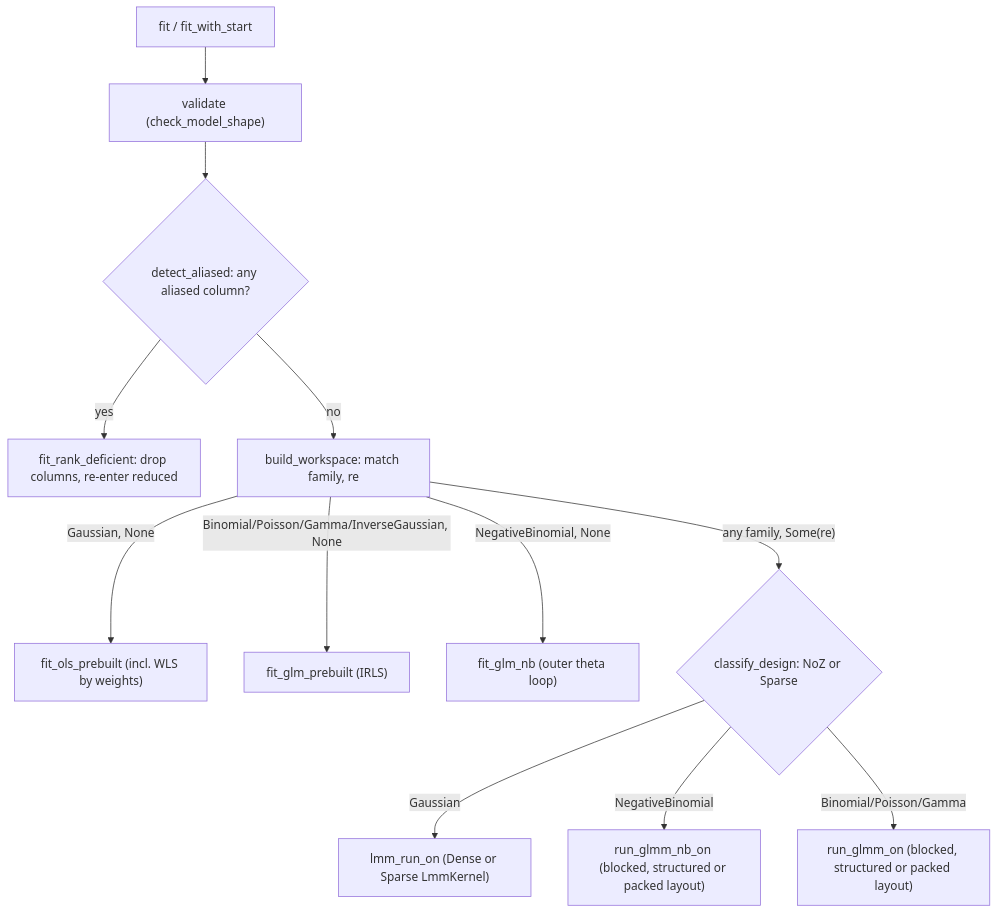
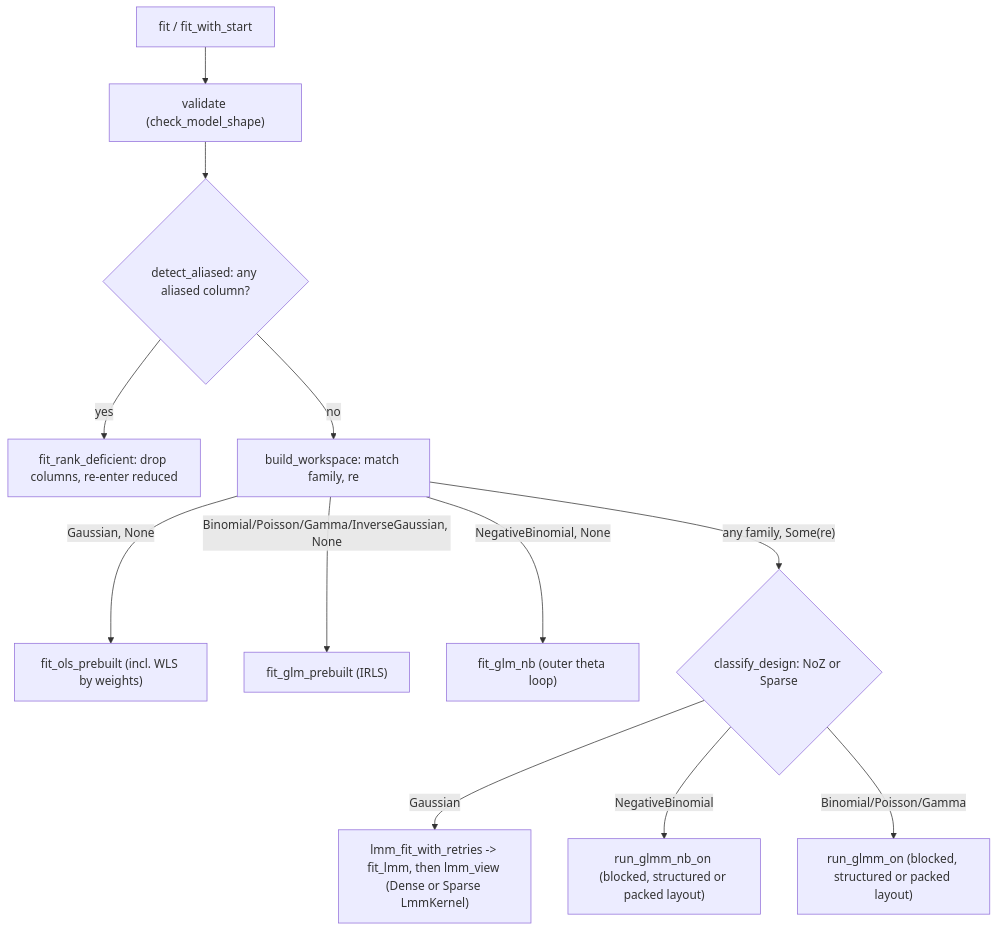
One commit to pawlenartowicz/glmm changed the diagram in documentation/algorithms.md. Above: the diagram before and after it, drawn with Mermaid. The commit also changed other lines of this file and 268 other files, not shown here.

````diff
--- a/documentation/algorithms.md
+++ b/documentation/algorithms.md
@@ -41,16 +41,16 @@
 ```mermaid
 flowchart TD
   E["fit / fit_with_start"] --> SH["validate (check_model_shape)"]
   SH --> RD{"detect_aliased: any aliased column?"}
   RD -->|yes| RDF["fit_rank_deficient: drop columns, re-enter reduced"]
   RD -->|no| BW["build_workspace: match family, re"]
 
   BW -->|"Gaussian, None"| OLS["fit_ols_prebuilt (incl. WLS by weights)"]
   BW -->|"Binomial/Poisson/Gamma/InverseGaussian, None"| GLM["fit_glm_prebuilt (IRLS)"]
   BW -->|"NegativeBinomial, None"| GLMNB["fit_glm_nb (outer theta loop)"]
   BW -->|"any family, Some(re)"| CD{"classify_design: NoZ or Sparse"}
 
-  CD -->|Gaussian| MLE["lmm_run_on (Dense or Sparse LmmKernel)"]
+  CD -->|Gaussian| MLE["lmm_fit_with_retries -> fit_lmm, then lmm_view (Dense or Sparse LmmKernel)"]
   CD -->|NegativeBinomial| GNB["run_glmm_nb_on (blocked, structured or packed layout)"]
   CD -->|"Binomial/Poisson/Gamma"| GMM["run_glmm_on (blocked, structured or packed layout)"]
 ```
````
